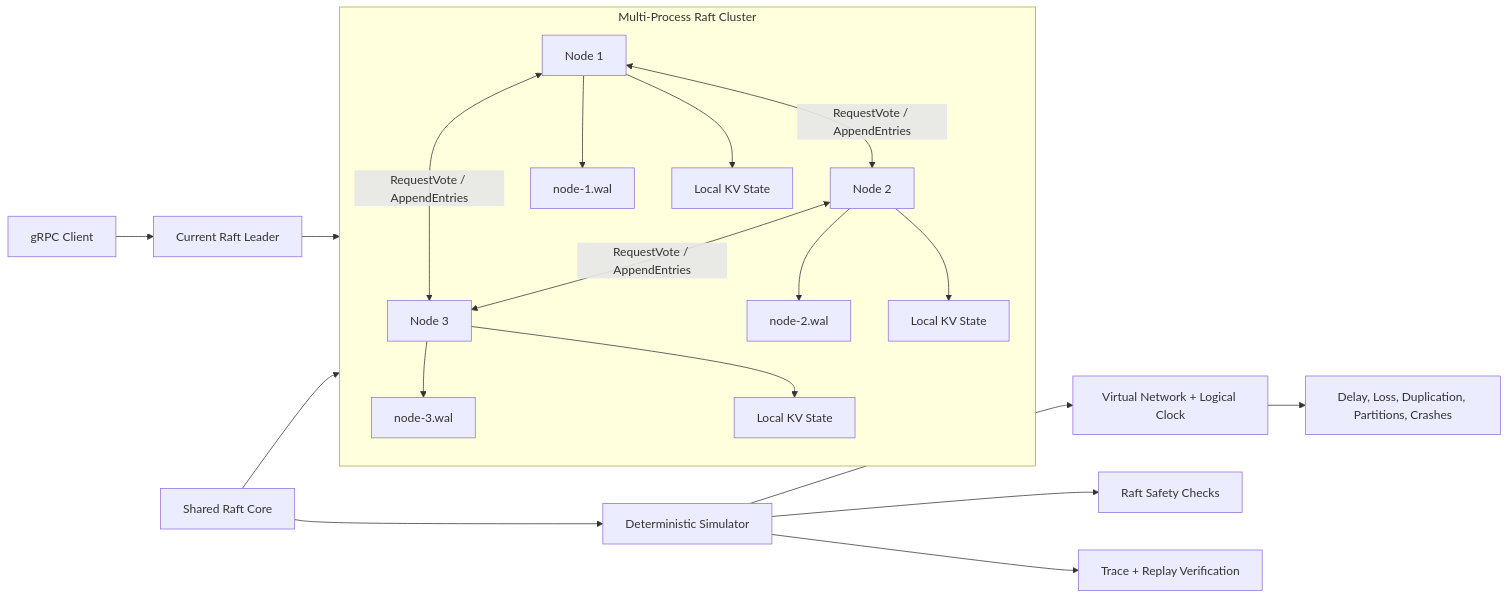
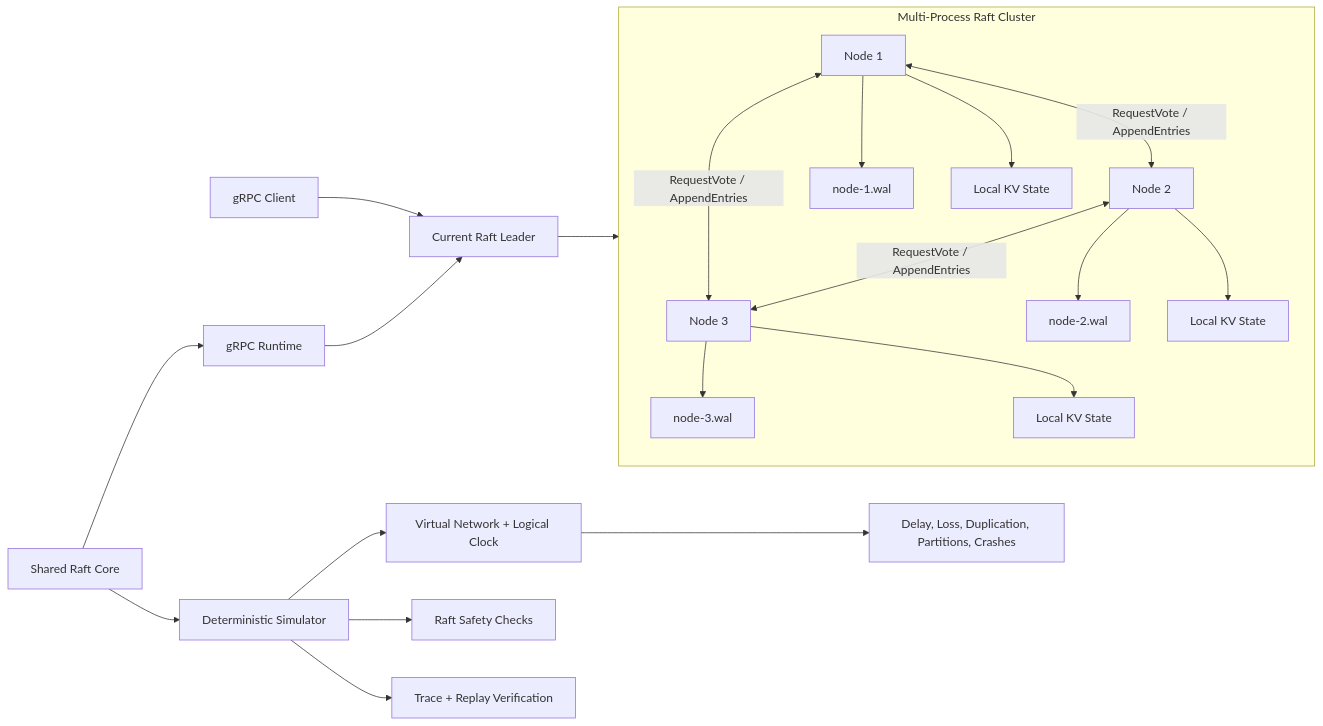
The first of 3 diagrams in README.md (sharan-s2k/distributed-key-value-store), drawn with Mermaid before and after one commit.

Commit message:
update mermaid architecture diagram

````diff
--- a/README.md
+++ b/README.md
@@ -9,32 +9,34 @@
 ```mermaid
 flowchart LR
     Client["gRPC Client"] --> Leader["Current Raft Leader"]
+
+    Core["Shared Raft Core"] --> Grpc["gRPC Runtime"]
+    Core --> Simulator["Deterministic Simulator"]
+
+    Grpc --> Leader
 
     subgraph Cluster["Multi-Process Raft Cluster"]
         N1["Node 1"]
         N2["Node 2"]
         N3["Node 3"]
 
         N1 <--> |"RequestVote / AppendEntries"| N2
         N2 <--> |"RequestVote / AppendEntries"| N3
         N1 <--> |"RequestVote / AppendEntries"| N3
 
         N1 --> W1["node-1.wal"]
         N2 --> W2["node-2.wal"]
         N3 --> W3["node-3.wal"]
 
         N1 --> KV1["Local KV State"]
         N2 --> KV2["Local KV State"]
         N3 --> KV3["Local KV State"]
     end
 
     Leader --> Cluster
 
-    Core["Shared Raft Core"] --> Cluster
-    Core --> Simulator["Deterministic Simulator"]
-
     Simulator --> Network["Virtual Network + Logical Clock"]
     Network --> Faults["Delay, Loss, Duplication, Partitions, Crashes"]
     Simulator --> Checks["Raft Safety Checks"]
     Simulator --> Trace["Trace + Replay Verification"]
 ```
````
